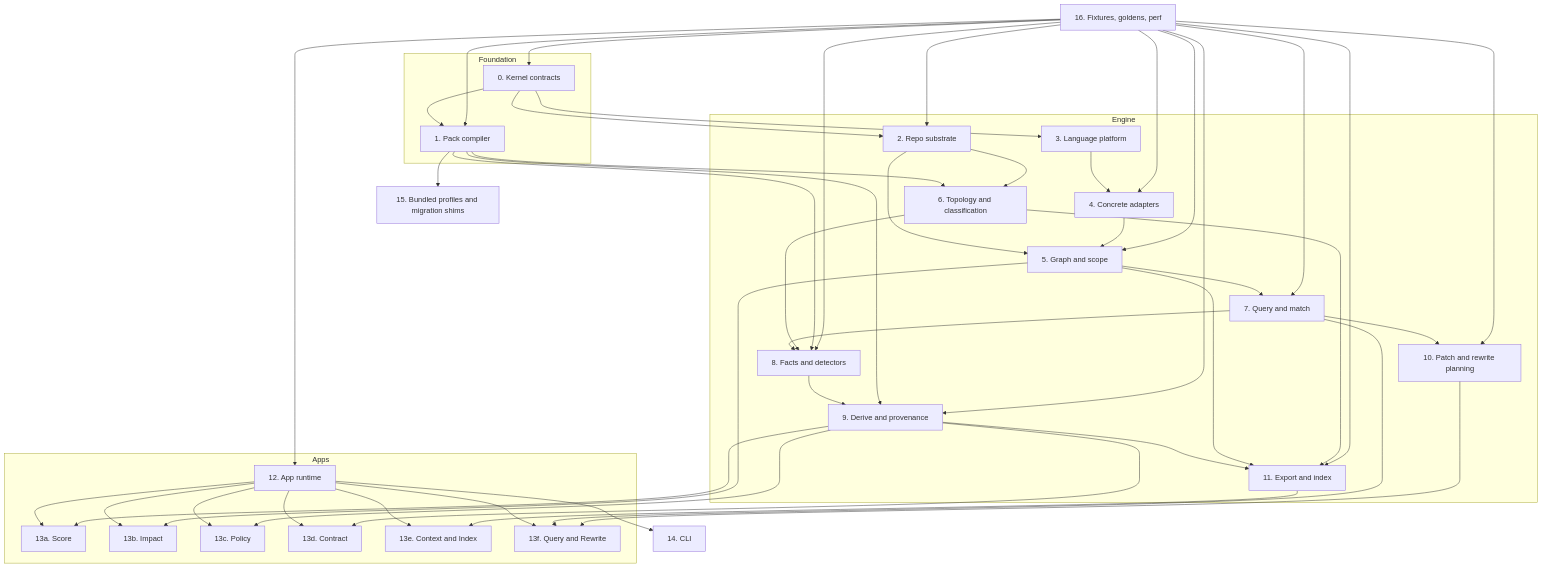
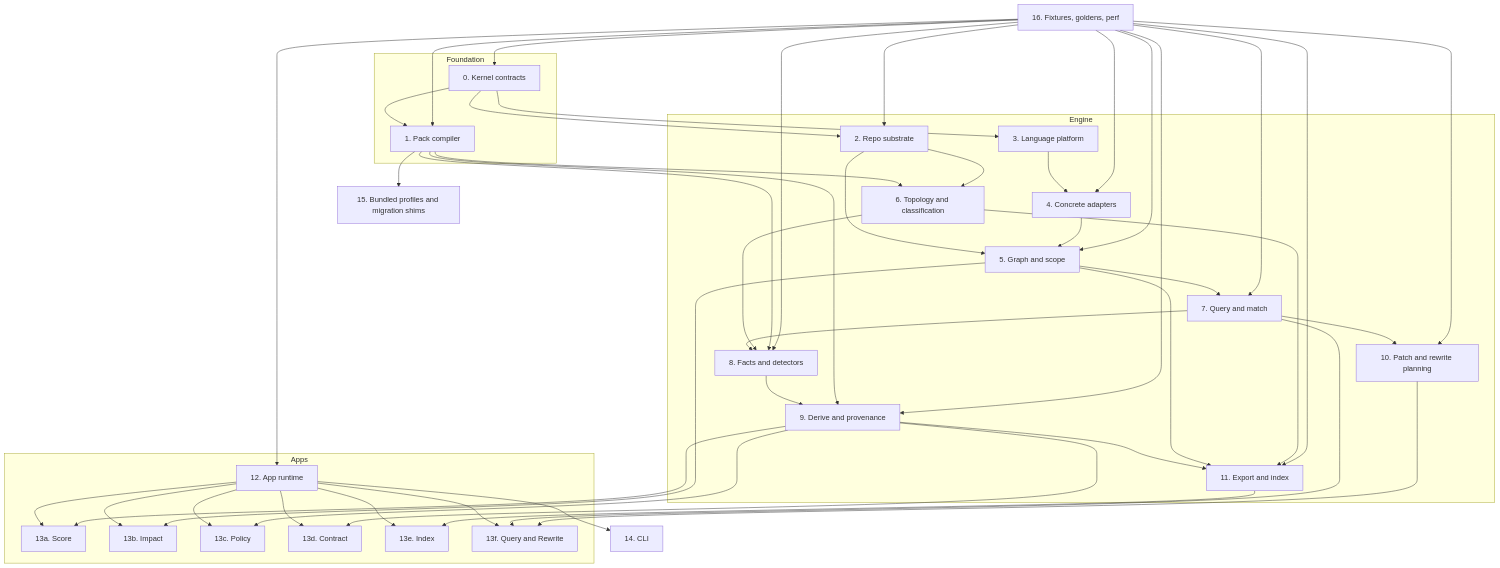
One commit to atomize-hq/substrate changed the first of 2 diagrams in crates/lift/README.md. Above: the diagram before and after it, drawn with Mermaid. The commit also changed other lines of this file and 1 other file, not shown here.

Commit message:
Refocus Lift README on crate-local architecture

```diff
--- a/crates/lift/README.md
+++ b/crates/lift/README.md
@@ -47,7 +53,7 @@
         I[13b. Impact]
         O[13c. Policy]
         C[13d. Contract]
-        CX[13e. Context and Index]
+        IX[13e. Index]
         QR[13f. Query and Rewrite]
     end
 
@@ -78,14 +84,14 @@
     RT --> I
     RT --> O
     RT --> C
-    RT --> CX
+    RT --> IX
     RT --> QR
 
     D --> S
     G --> I
     D --> O
     D --> C
-    X --> CX
+    X --> IX
     Q --> QR
     W --> QR
 
```
